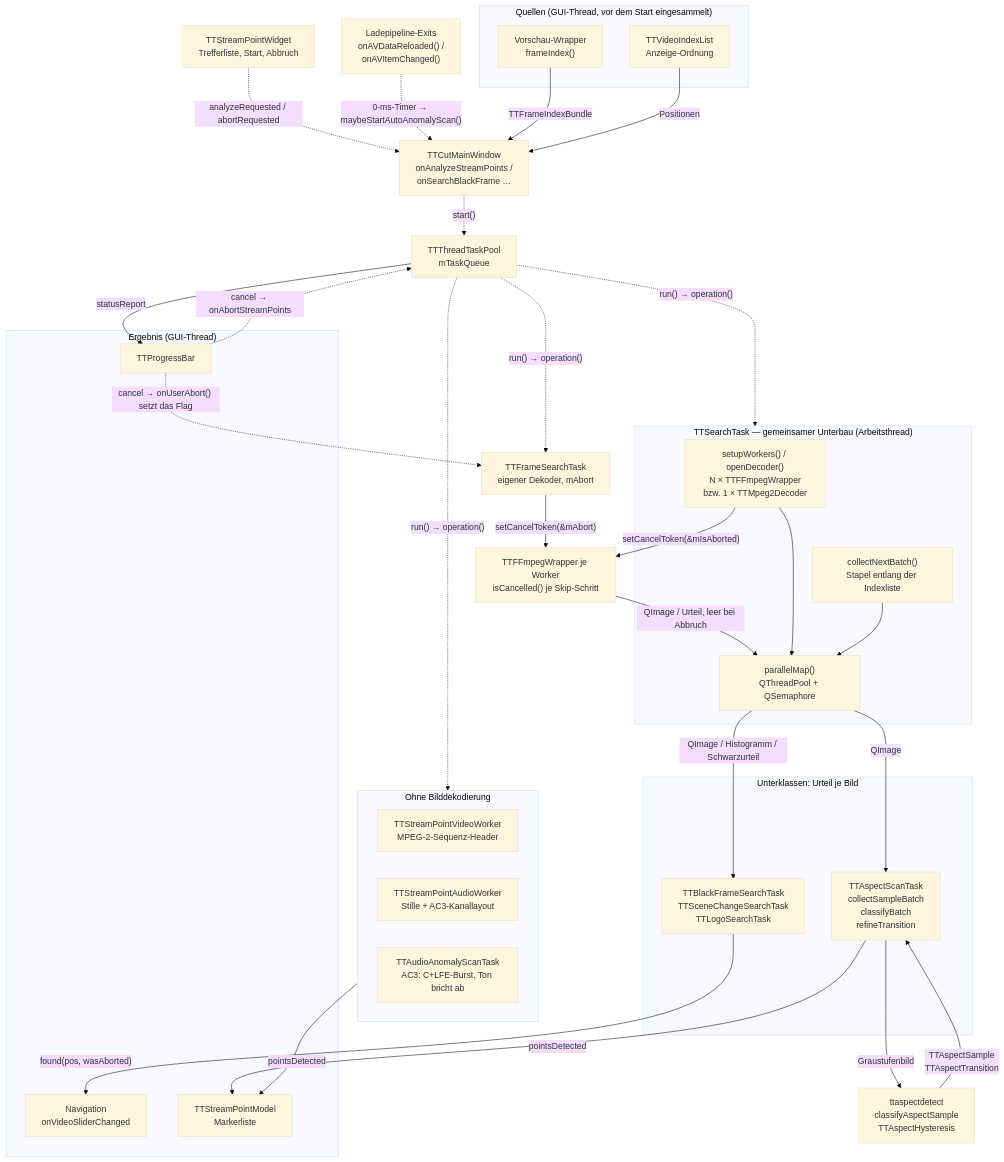
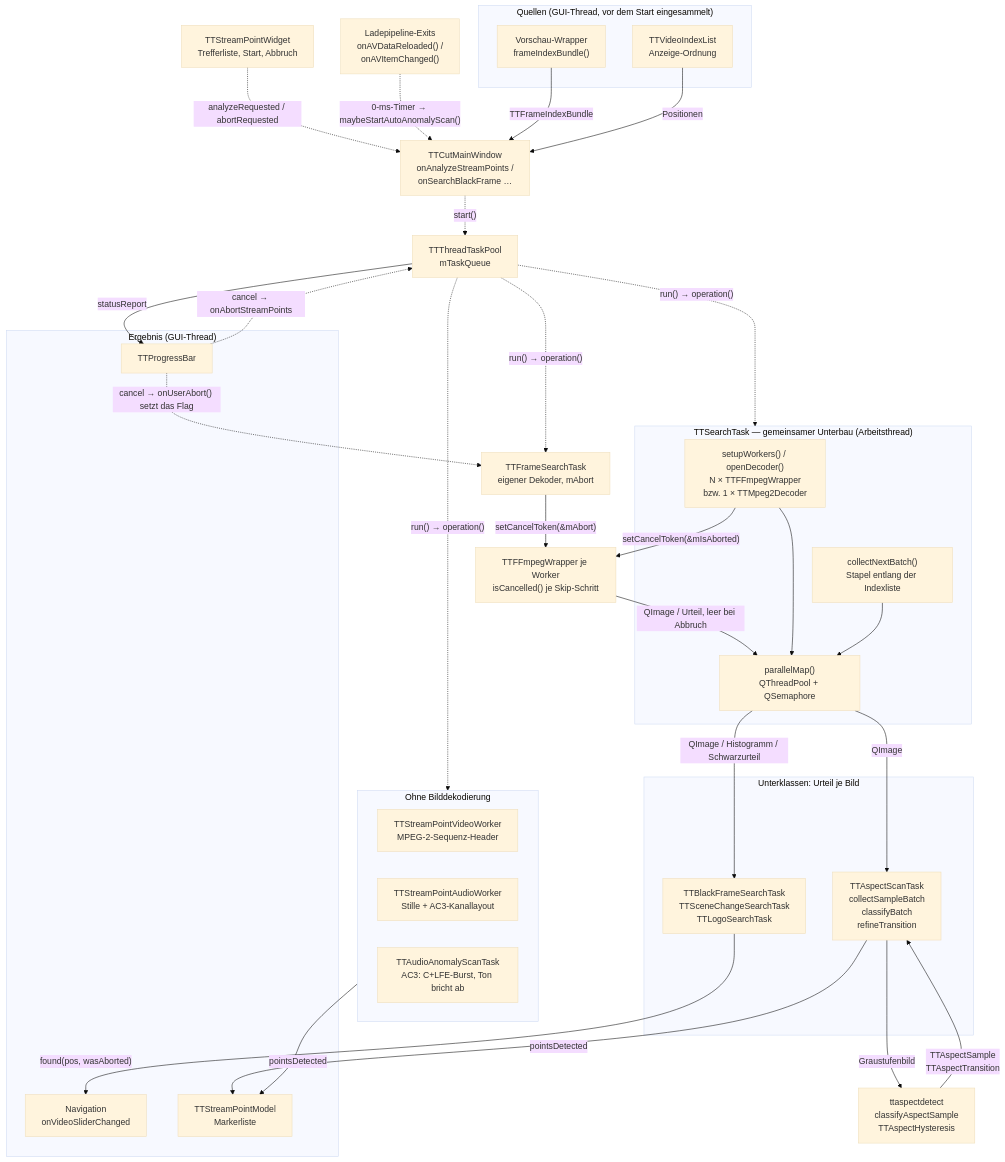
One commit to MINIXJR/TTCut-ng changed the diagram in docs/code-map/detection-and-search.md. Above: the diagram before and after it, drawn with Mermaid (base theme). The commit also changed other lines of this file and 9 other files, not shown here.

````diff
--- a/docs/code-map/detection-and-search.md
+++ b/docs/code-map/detection-and-search.md
@@ -118,66 +123,66 @@
 ```mermaid
 flowchart TB
     subgraph SRC["Quellen (GUI-Thread, vor dem Start eingesammelt)"]
-        PREV["Vorschau-Wrapper<br/>frameIndex()"]
+        PREV["Vorschau-Wrapper<br/>frameIndexBundle()"]
         IDX["TTVideoIndexList<br/>Anzeige-Ordnung"]
     end
 
     LOADEXIT["Ladepipeline-Exits<br/>onAVDataReloaded() /<br/>onAVItemChanged()"]
     MW["TTCutMainWindow<br/>onAnalyzeStreamPoints /<br/>onSearchBlackFrame …"]
     WIDGET["TTStreamPointWidget<br/>Trefferliste, Start, Abbruch"]
     POOLQ["TTThreadTaskPool<br/>mTaskQueue"]
 
     subgraph BASE["TTSearchTask — gemeinsamer Unterbau (Arbeitsthread)"]
         SETUP["setupWorkers() / openDecoder()<br/>N × TTFFmpegWrapper<br/>bzw. 1 × TTMpeg2Decoder"]
         BATCH["collectNextBatch()<br/>Stapel entlang der Indexliste"]
         PMAP["parallelMap()<br/>QThreadPool + QSemaphore"]
     end
 
     WRAP["TTFFmpegWrapper je Worker<br/>isCancelled() je Skip-Schritt"]
     FSEARCH["TTFrameSearchTask<br/>eigener Dekoder, mAbort"]
 
     subgraph TASKS["Unterklassen: Urteil je Bild"]
         DIRT["TTBlackFrameSearchTask<br/>TTSceneChangeSearchTask<br/>TTLogoSearchTask"]
         ASPECT["TTAspectScanTask<br/>collectSampleBatch<br/>classifyBatch<br/>refineTransition"]
     end
 
     PURE["ttaspectdetect<br/>classifyAspectSample<br/>TTAspectHysteresis"]
 
     subgraph NODEC["Ohne Bilddekodierung"]
         VWORK["TTStreamPointVideoWorker<br/>MPEG-2-Sequenz-Header"]
         AWORK["TTStreamPointAudioWorker<br/>Stille + AC3-Kanallayout"]
         ANOMALY["TTAudioAnomalyScanTask<br/>AC3: C+LFE-Burst, Ton bricht ab"]
     end
 
     subgraph OUT["Ergebnis (GUI-Thread)"]
         NAV["Navigation<br/>onVideoSliderChanged"]
         MODEL["TTStreamPointModel<br/>Markerliste"]
         BAR["TTProgressBar"]
     end
 
     WIDGET -. "analyzeRequested / abortRequested" .-> MW
     LOADEXIT -. "0-ms-Timer → maybeStartAutoAnomalyScan()" .-> MW
     PREV -- "TTFrameIndexBundle" --> MW
     IDX -- "Positionen" --> MW
     MW -. "start()" .-> POOLQ
     POOLQ -. "run() → operation()" .-> BASE
     POOLQ -. "run() → operation()" .-> NODEC
 
     SETUP -- "setCancelToken(&amp;mIsAborted)" --> WRAP
     FSEARCH -- "setCancelToken(&amp;mAbort)" --> WRAP
     POOLQ -. "run() → operation()" .-> FSEARCH
     BAR -. "cancel → onUserAbort() setzt das Flag" .-> FSEARCH
     WRAP -- "QImage / Urteil, leer bei Abbruch" --> PMAP
     SETUP --> PMAP
     BATCH --> PMAP
     PMAP -- "QImage / Histogramm / Schwarzurteil" --> DIRT
     PMAP -- "QImage" --> ASPECT
     ASPECT -- "Graustufenbild" --> PURE
     PURE -- "TTAspectSample<br/>TTAspectTransition" --> ASPECT
 
     DIRT -- "found(pos, wasAborted)" --> NAV
     ASPECT -- "pointsDetected" --> MODEL
     NODEC -- "pointsDetected" --> MODEL
     POOLQ -- "statusReport" --> BAR
     BAR -. "cancel → onAbortStreamPoints" .-> POOLQ
 ```
````
